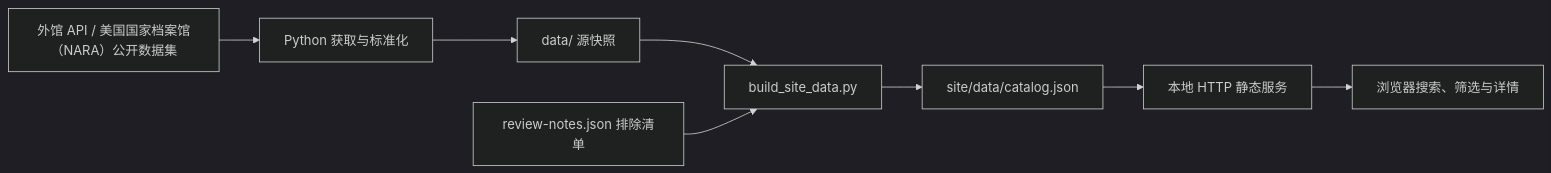
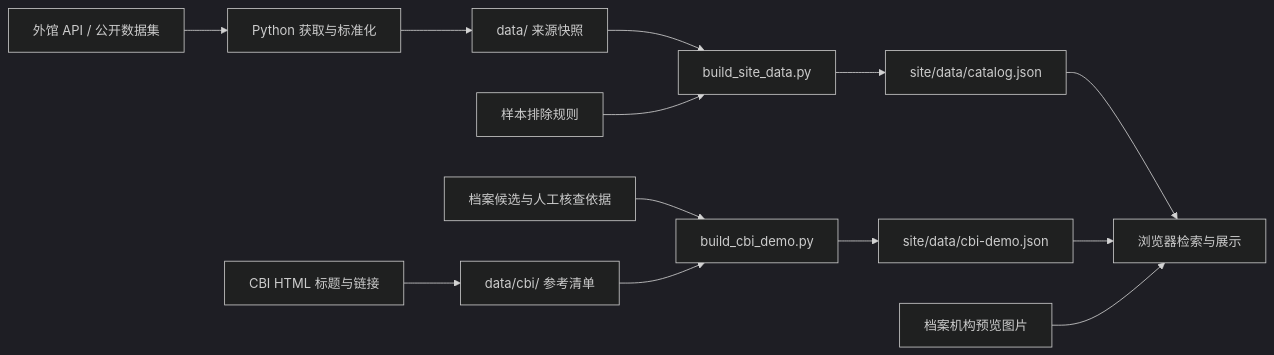
Before and after one commit to sf-pacific-war/memory-next: the diagram in step1/README.md, drawn with Mermaid (dark theme). The commit also changed other lines of this file, not shown here.

````diff
--- a/step1/README.md
+++ b/step1/README.md
@@ -163,10 +57,15 @@
 ```mermaid
 flowchart LR
-    A[外馆 API / 美国国家档案馆（NARA）公开数据集] --> B[Python 获取与标准化]
-    B --> C[data/ 源快照]
+    A[外馆 API / 公开数据集] --> B[Python 获取与标准化]
+    B --> C[data/ 来源快照]
     C --> D[build_site_data.py]
-    R[review-notes.json 排除清单] --> D
+    R[样本排除规则] --> D
     D --> E[site/data/catalog.json]
-    E --> F[本地 HTTP 静态服务]
-    F --> G[浏览器搜索、筛选与详情]
+    H[CBI HTML 标题与链接] --> I[data/cbi/ 参考清单]
+    V[档案候选与人工核查依据] --> J[build_cbi_demo.py]
+    I --> J
+    J --> K[site/data/cbi-demo.json]
+    E --> W[浏览器检索与展示]
+    K --> W
+    M[档案机构预览图片] --> W
 ```
````
